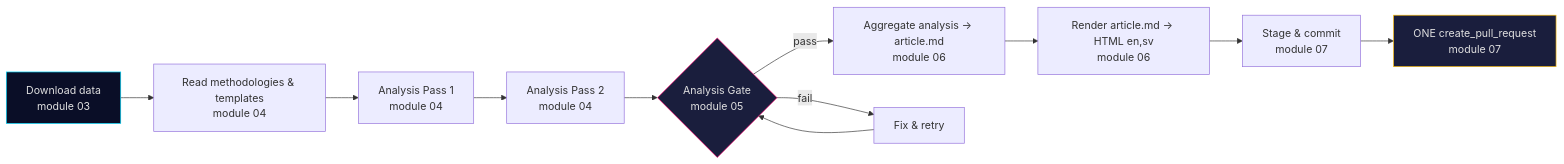
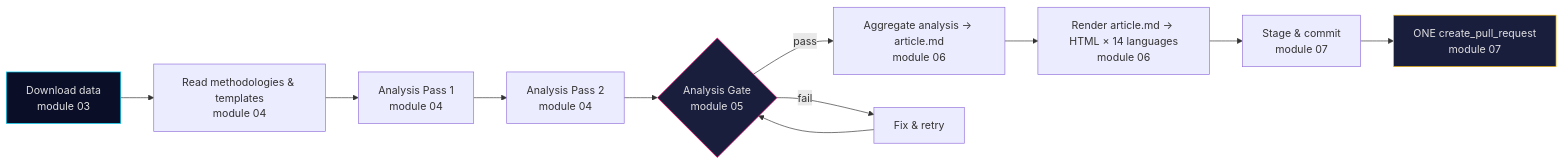
Before and after one commit to Hack23/riksdagsmonitor: the diagram in .github/prompts/README.md, drawn with Mermaid. The commit also changed 36 other files, not shown here.

First line of the commit message:
Render all 14 languages per workflow; remove `languages` input

````diff
--- a/.github/prompts/README.md
+++ b/.github/prompts/README.md
@@ -75,16 +75,16 @@
 ```mermaid
 flowchart LR
   A[Download data<br/>module 03] --> B[Read methodologies &amp; templates<br/>module 04]
   B --> C[Analysis Pass 1<br/>module 04]
   C --> D[Analysis Pass 2<br/>module 04]
   D --> E{Analysis Gate<br/>module 05}
   E -- pass --> F[Aggregate analysis → article.md<br/>module 06]
   E -- fail --> G[Fix &amp; retry]
   G --> E
-  F --> H[Render article.md → HTML en,sv<br/>module 06]
+  F --> H[Render article.md → HTML × 14 languages<br/>module 06]
   H --> I[Stage &amp; commit<br/>module 07]
   I --> J[ONE create_pull_request<br/>module 07]
   style A fill:#0a0e27,stroke:#00d9ff,color:#e0e0e0
   style E fill:#1a1e3d,stroke:#ff006e,color:#e0e0e0
   style J fill:#1a1e3d,stroke:#ffbe0b,color:#e0e0e0
 ```
````
